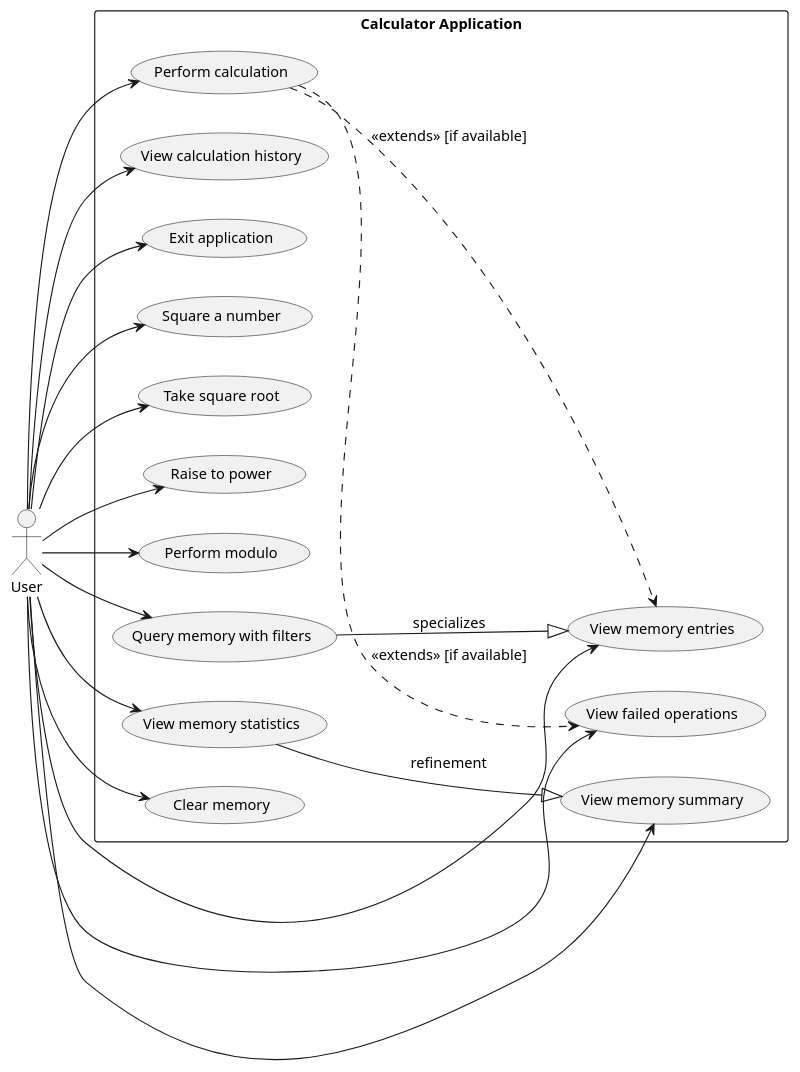
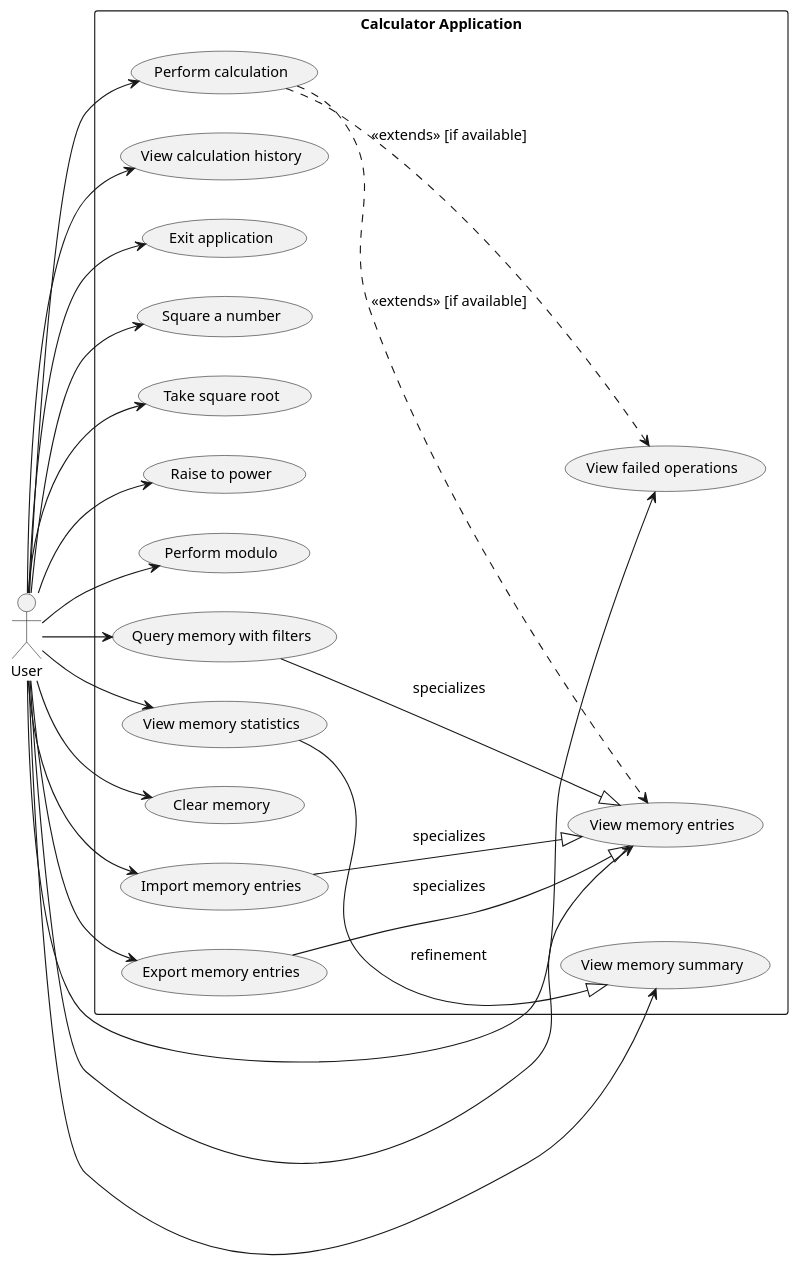
The diagram in experiments/supervisor_as_tools/structured_text/calculator/artifacts/use_case_diagram.puml (DanielRiha8906/Software_autoevolution_using_agents), drawn with PlantUML before and after one commit. The commit also changed 9 other files, not shown here.

```diff
--- a/experiments/supervisor_as_tools/structured_text/calculator/artifacts/use_case_diagram.puml
+++ b/experiments/supervisor_as_tools/structured_text/calculator/artifacts/use_case_diagram.puml
@@ -1,45 +1,51 @@
 @startuml use_case_diagram
 
 skinparam defaultFontSize 13
 
 left to right direction
 
 actor User
 
 rectangle "Calculator Application" {
     usecase "Perform calculation" as UC_Calc
     usecase "View calculation history" as UC_History
     usecase "Exit application" as UC_Exit
     usecase "Square a number" as UC_Square
     usecase "Take square root" as UC_Sqrt
     usecase "Raise to power" as UC_Power
     usecase "Perform modulo" as UC_Modulo
     usecase "View memory entries" as UC_Memory
     usecase "Query memory with filters" as UC_FilteredMemory
     usecase "View memory summary" as UC_Summary
     usecase "View memory statistics" as UC_Statistics
     usecase "View failed operations" as UC_Failures
     usecase "Clear memory" as UC_ClearMem
+    usecase "Export memory entries" as UC_Export
+    usecase "Import memory entries" as UC_Import
 
 }
 
 User --> UC_Calc
 User --> UC_History
 User --> UC_Exit
 User --> UC_Square
 User --> UC_Sqrt
 User --> UC_Power
 User --> UC_Modulo
 User --> UC_Memory
 User --> UC_FilteredMemory
 User --> UC_Summary
 User --> UC_Statistics
 User --> UC_Failures
 User --> UC_ClearMem
+User --> UC_Export
+User --> UC_Import
 
 UC_Calc ..> UC_Memory : <<extends>> [if available]
 UC_Calc ..> UC_Failures : <<extends>> [if available]
 UC_FilteredMemory --|> UC_Memory : specializes
 UC_Statistics --|> UC_Summary : refinement
+UC_Export --|> UC_Memory : specializes
+UC_Import --|> UC_Memory : specializes
 
 @enduml
```
